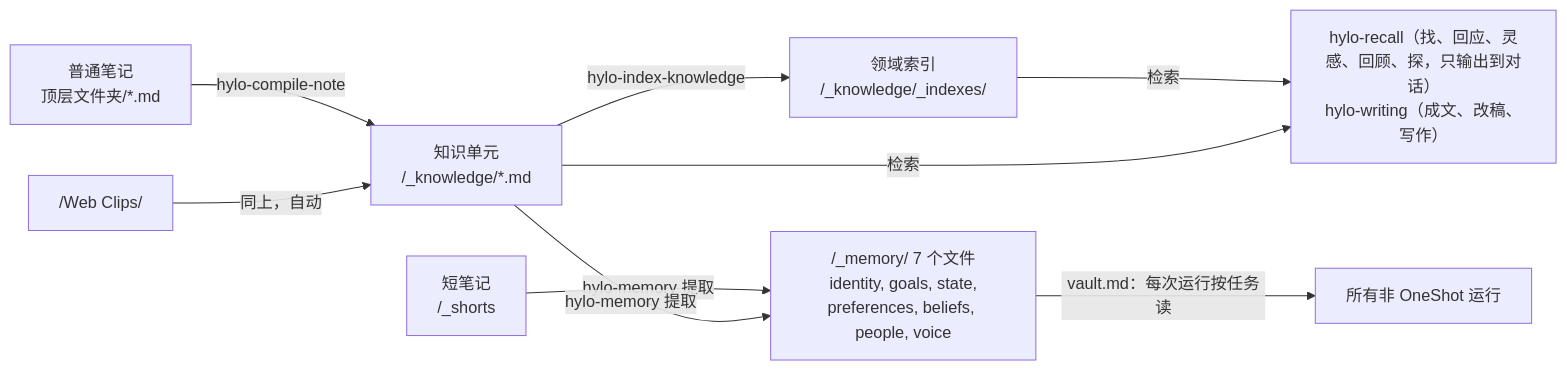
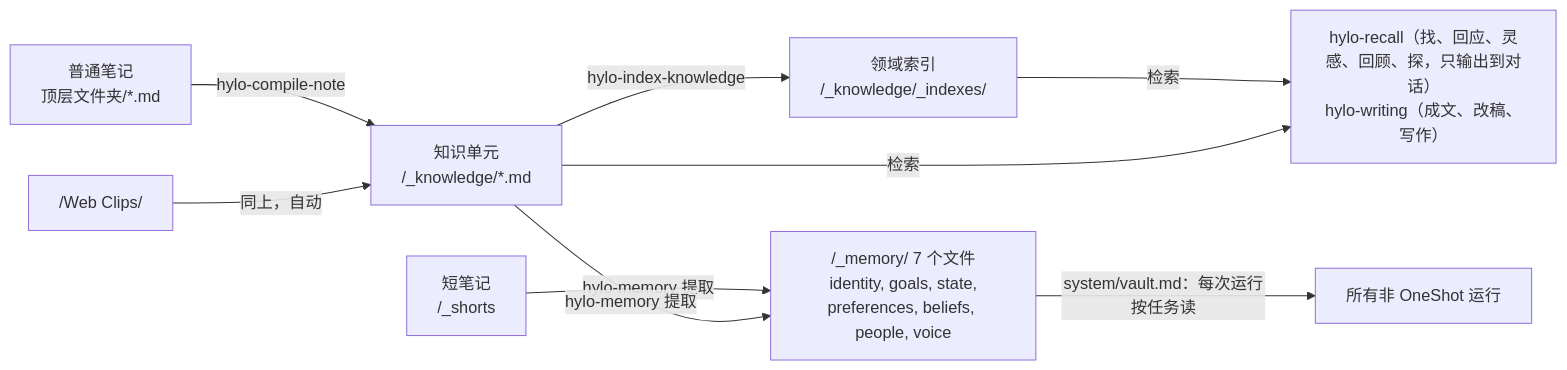
The fifth of 6 diagrams in docs/prompt-skills-architecture.md (skoowoo/hylo), drawn with Mermaid before and after one commit. The commit also changed other lines of this file and 34 other files, not shown here.

````diff
--- a/docs/prompt-skills-architecture.md
+++ b/docs/prompt-skills-architecture.md
@@ -193,10 +193,10 @@
 ```mermaid
 flowchart LR
     N["普通笔记<br/>顶层文件夹/*.md"] -->|hylo-compile-note| K["知识单元<br/>/_knowledge/*.md"]
     WC["/Web Clips/"] -->|同上，自动| K
     K -->|hylo-index-knowledge| I["领域索引<br/>/_knowledge/_indexes/"]
     SN["短笔记<br/>/_shorts"] -->|hylo-memory 提取| MEM["/_memory/ 7 个文件<br/>identity, goals, state,<br/>preferences, beliefs, people, voice"]
     K -->|hylo-memory 提取| MEM
-    MEM -->|vault.md：每次运行按任务读| ALL[所有非 OneShot 运行]
+    MEM -->|system/vault.md：每次运行按任务读| ALL[所有非 OneShot 运行]
     I & K -->|检索| RW["hylo-recall（找、回应、灵感、回顾、探，只输出到对话）<br/>hylo-writing（成文、改稿、写作）"]
 ```
````
